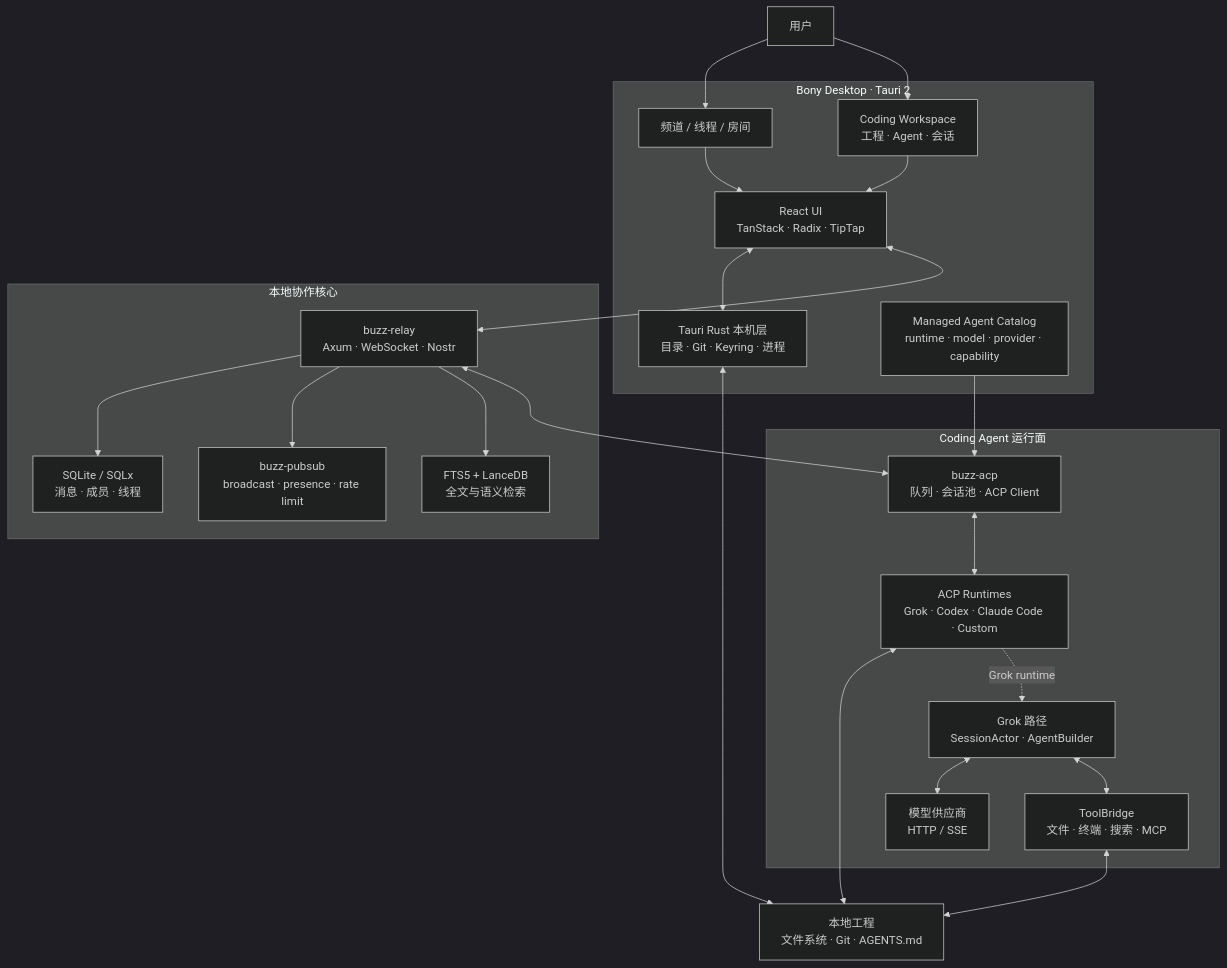
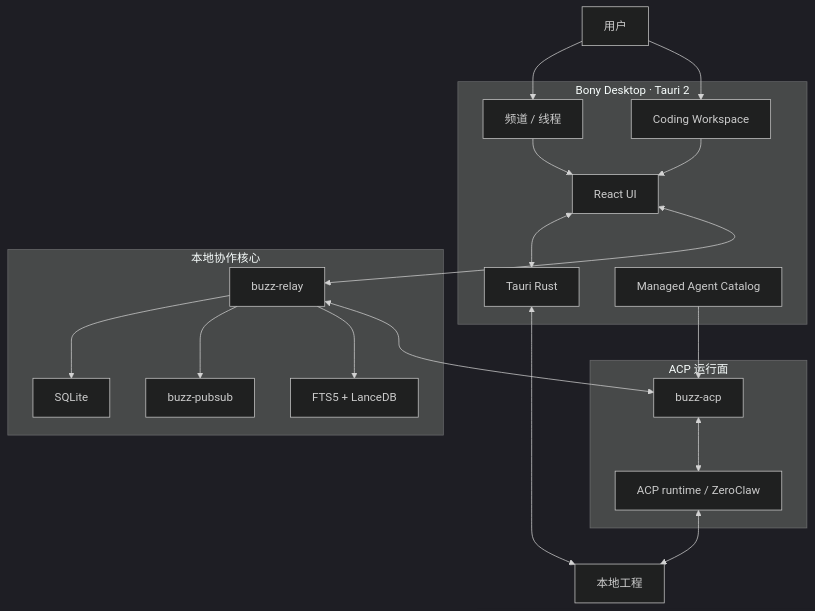
The diagram in README.md (phuhao00/bony), drawn with Mermaid (dark theme) before and after one commit. The commit also changed other lines of this file and 6940 other files, not shown here.

````diff
--- a/README.md
+++ b/README.md
@@ -186,47 +124,40 @@
 ```mermaid
 flowchart TB
   User["用户"]
-  Project["本地工程<br/>文件系统 · Git · AGENTS.md"]
+  Project["本地工程"]
 
   subgraph Desktop["Bony Desktop · Tauri 2"]
-    Channel["频道 / 线程 / 房间"]
-    WorkspaceUI["Coding Workspace<br/>工程 · Agent · 会话"]
-    Renderer["React UI<br/>TanStack · Radix · TipTap"]
-    Native["Tauri Rust 本机层<br/>目录 · Git · Keyring · 进程"]
-    Catalog["Managed Agent Catalog<br/>runtime · model · provider · capability"]
+    Channel["频道 / 线程"]
+    WorkspaceUI["Coding Workspace"]
+    Renderer["React UI"]
+    Native["Tauri Rust"]
+    Catalog["Managed Agent Catalog"]
   end
 
   subgraph RoomCore["本地协作核心"]
-    Relay["buzz-relay<br/>Axum · WebSocket · Nostr"]
-    Store["SQLite / SQLx<br/>消息 · 成员 · 线程"]
-    PubSub["buzz-pubsub<br/>broadcast · presence · rate limit"]
-    Search["FTS5 + LanceDB<br/>全文与语义检索"]
+    Relay["buzz-relay"]
+    Store["SQLite"]
+    PubSub["buzz-pubsub"]
+    Search["FTS5 + LanceDB"]
   end
 
-  subgraph AgentPlane["Coding Agent 运行面"]
-    Harness["buzz-acp<br/>队列 · 会话池 · ACP Client"]
-    Runtimes["ACP Runtimes<br/>Grok · Codex · Claude Code · Custom"]
-    GrokCore["Grok 路径<br/>SessionActor · AgentBuilder"]
-    Model["模型供应商<br/>HTTP / SSE"]
-    Tools["ToolBridge<br/>文件 · 终端 · 搜索 · MCP"]
+  subgraph AgentPlane["ACP 运行面"]
+    Harness["buzz-acp"]
+    Runtimes["ACP runtime / ZeroClaw"]
   end
 
   User --> Channel
   User --> WorkspaceUI
   Channel --> Renderer
   WorkspaceUI --> Renderer
   Renderer <--> Native
   Native <--> Project
   Catalog --> Harness
   Renderer <--> Relay
   Relay --> Store
   Relay --> PubSub
   Relay --> Search
   Relay <--> Harness
   Harness <--> Runtimes
   Runtimes <--> Project
-  Runtimes -. "Grok runtime" .-> GrokCore
-  GrokCore <--> Model
-  GrokCore <--> Tools
-  Tools <--> Project
 ```
````
